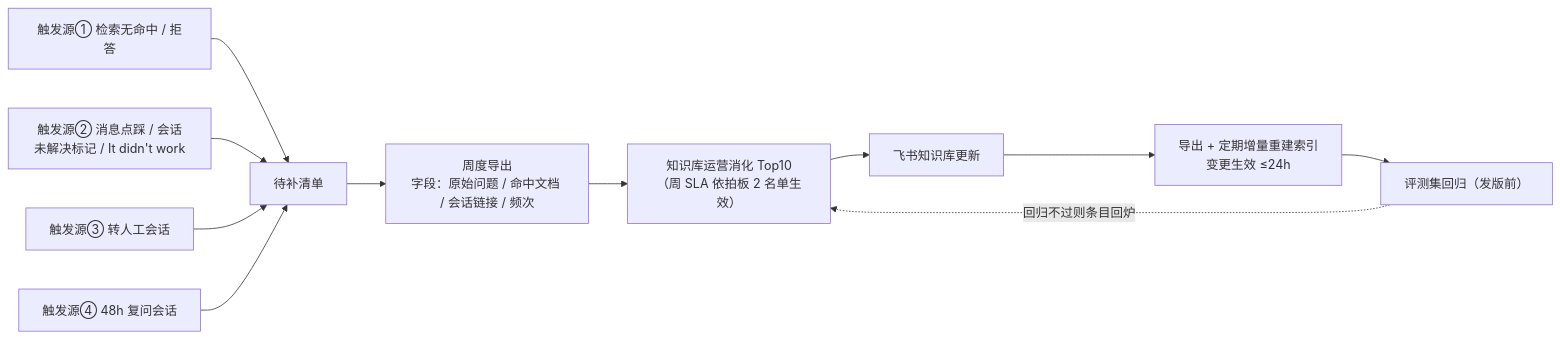
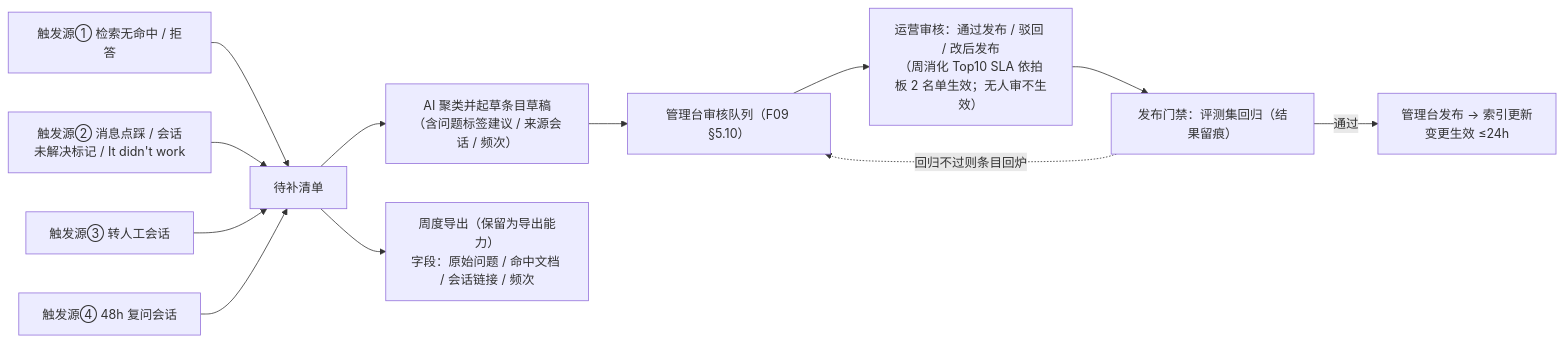
The third of 7 diagrams in COOLFLY智能客服/output/PRD详细版.md (ChangMing-Luo/COOLFLY-AISupportAgent), drawn with Mermaid before and after one commit. The commit also changed other lines of this file, not shown here.

````diff
--- a/COOLFLY智能客服/output/PRD详细版.md
+++ b/COOLFLY智能客服/output/PRD详细版.md
@@ -387,13 +398,14 @@
 ```mermaid
 flowchart LR
     T1["触发源① 检索无命中 / 拒答"] --> Q["待补清单"]
     T2["触发源② 消息点踩 / 会话未解决标记 / It didn't work"] --> Q
     T3["触发源③ 转人工会话"] --> Q
     T4["触发源④ 48h 复问会话"] --> Q
-    Q --> EX["周度导出<br/>字段：原始问题 / 命中文档 / 会话链接 / 频次"]
-    EX --> OP["知识库运营消化 Top10<br/>（周 SLA 依拍板 2 名单生效）"]
-    OP --> KB["飞书知识库更新"]
-    KB --> IX["导出 + 定期增量重建索引<br/>变更生效 ≤24h"]
-    IX --> REG["评测集回归（发版前）"]
-    REG -.->|"回归不过则条目回炉"| OP
+    Q --> DR["AI 聚类并起草条目草稿<br/>（含问题标签建议 / 来源会话 / 频次）"]
+    DR --> RQ["管理台审核队列（F09 §5.10）"]
+    RQ --> OP["运营审核：通过发布 / 驳回 / 改后发布<br/>（周消化 Top10 SLA 依拍板 2 名单生效；无人审不生效）"]
+    OP --> REG["发布门禁：评测集回归（结果留痕）"]
+    REG -->|"通过"| IX["管理台发布 → 索引更新<br/>变更生效 ≤24h"]
+    REG -.->|"回归不过则条目回炉"| RQ
+    Q --> EX["周度导出（保留为导出能力）<br/>字段：原始问题 / 命中文档 / 会话链接 / 频次"]
 ```
````
